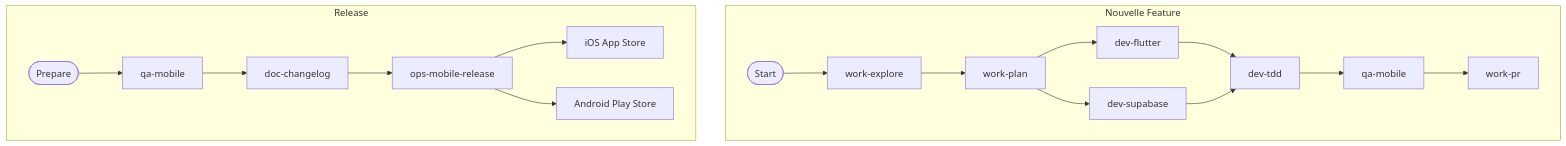
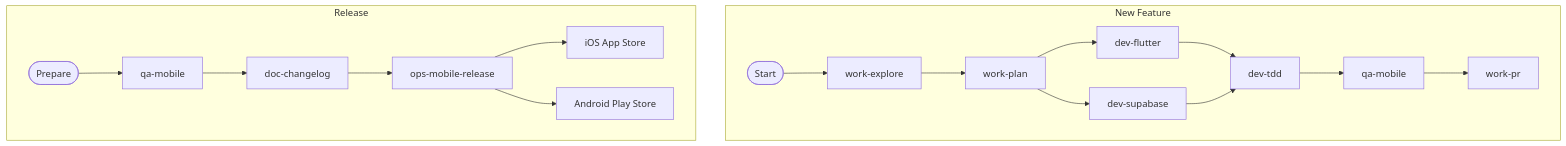
Before and after one commit to christopherlouet/claude-base: the sixth of 8 diagrams in website/docs/concepts/workflows.md, drawn with Mermaid. The commit also changed other lines of this file and 1 other file, not shown here.

````diff
--- a/website/docs/concepts/workflows.md
+++ b/website/docs/concepts/workflows.md
@@ -416,21 +416,21 @@
 ```mermaid
 flowchart TD
-    subgraph FEATURE[Nouvelle Feature]
+    subgraph FEATURE[New Feature]
         F1([Start]) --> F2[work-explore]
         F2 --> F3[work-plan]
         F3 --> F4[dev-flutter]
         F3 --> F5[dev-supabase]
         F4 --> F6[dev-tdd]
         F5 --> F6
         F6 --> F7[qa-mobile]
         F7 --> F8[work-pr]
     end
 
     subgraph RELEASE[Release]
         R1([Prepare]) --> R2[qa-mobile]
         R2 --> R3[doc-changelog]
         R3 --> R4[ops-mobile-release]
         R4 --> R5[iOS App Store]
         R4 --> R6[Android Play Store]
     end
 ```
````
